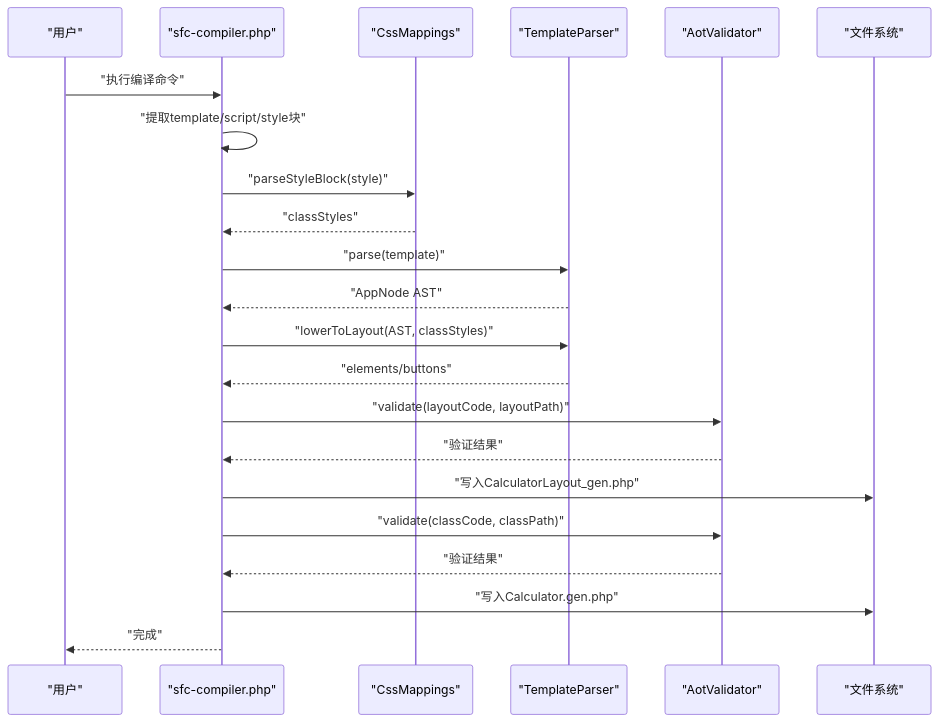
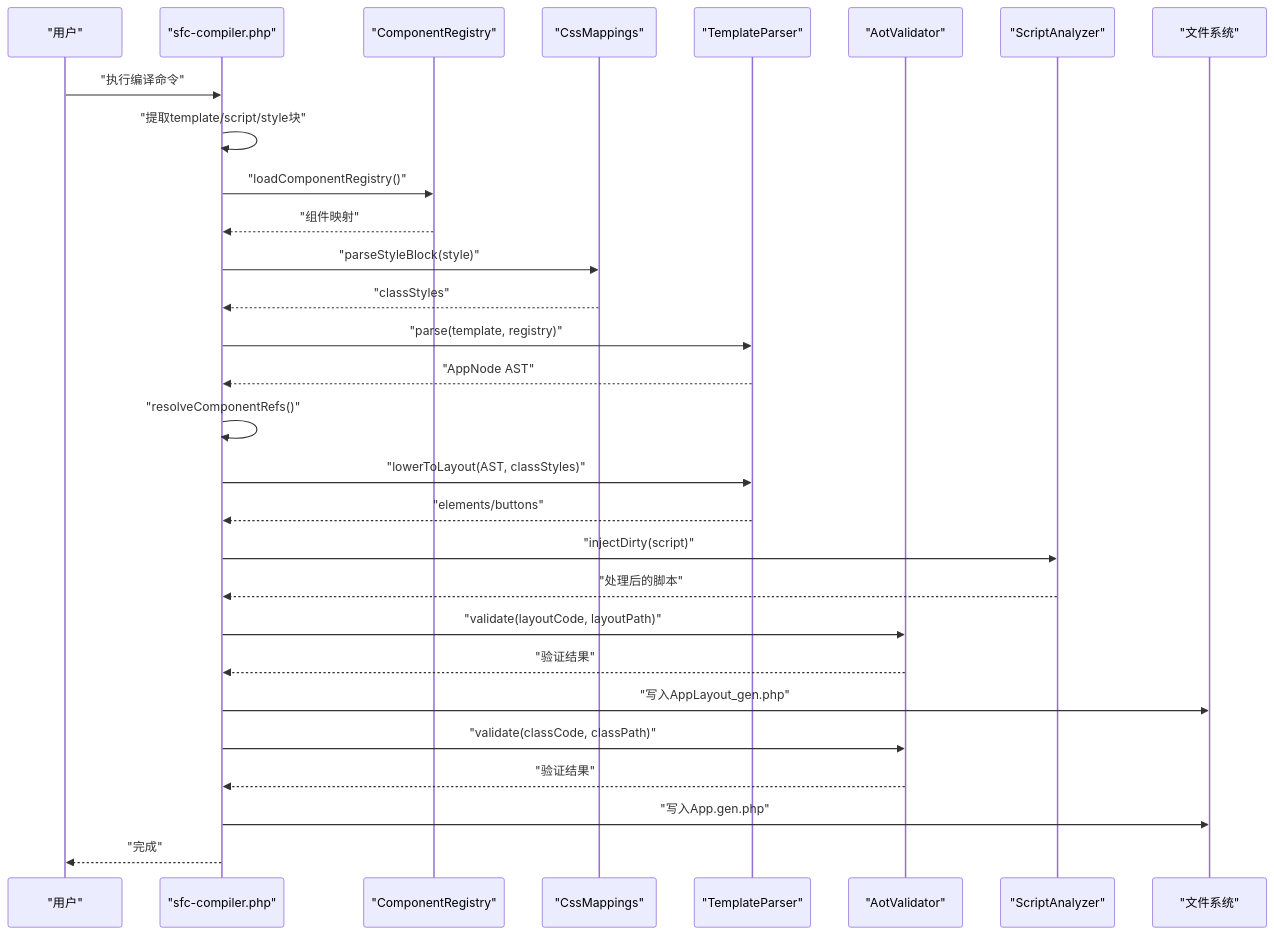
Before and after one commit to xingye00186/PHP-Data-UI-Framework-powered-by-swooleAOT: the second of 12 diagrams in .qoder/repowiki/zh/content/SFC编译器系统/SFC编译器系统.md, drawn with Mermaid. The commit also changed other lines of this file and 7 other files, not shown here.

````diff
--- a/.qoder/repowiki/zh/content/SFC编译器系统/SFC编译器系统.md
+++ b/.qoder/repowiki/zh/content/SFC编译器系统/SFC编译器系统.md
@@ -110,24 +134,31 @@
 ```mermaid
 sequenceDiagram
 participant U as "用户"
 participant CLI as "sfc-compiler.php"
+participant CR as "ComponentRegistry"
 participant CM as "CssMappings"
 participant TP as "TemplateParser"
 participant AV as "AotValidator"
+participant SA as "ScriptAnalyzer"
 participant FS as "文件系统"
 U->>CLI : "执行编译命令"
 CLI->>CLI : "提取template/script/style块"
+CLI->>CR : "loadComponentRegistry()"
+CR-->>CLI : "组件映射"
 CLI->>CM : "parseStyleBlock(style)"
 CM-->>CLI : "classStyles"
-CLI->>TP : "parse(template)"
+CLI->>TP : "parse(template, registry)"
 TP-->>CLI : "AppNode AST"
+CLI->>CLI : "resolveComponentRefs()"
 CLI->>TP : "lowerToLayout(AST, classStyles)"
 TP-->>CLI : "elements/buttons"
+CLI->>SA : "injectDirty(script)"
+SA-->>CLI : "处理后的脚本"
 CLI->>AV : "validate(layoutCode, layoutPath)"
 AV-->>CLI : "验证结果"
-CLI->>FS : "写入CalculatorLayout_gen.php"
+CLI->>FS : "写入AppLayout_gen.php"
 CLI->>AV : "validate(classCode, classPath)"
 AV-->>CLI : "验证结果"
-CLI->>FS : "写入Calculator.gen.php"
+CLI->>FS : "写入App.gen.php"
 CLI-->>U : "完成"
 ```
````
